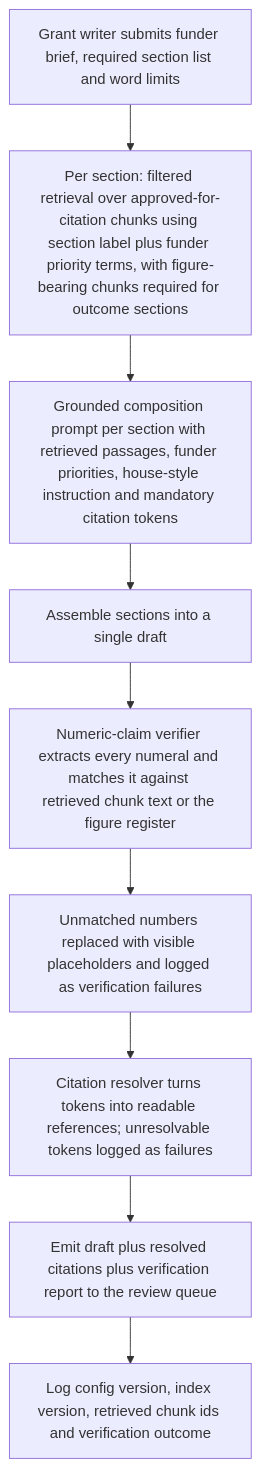
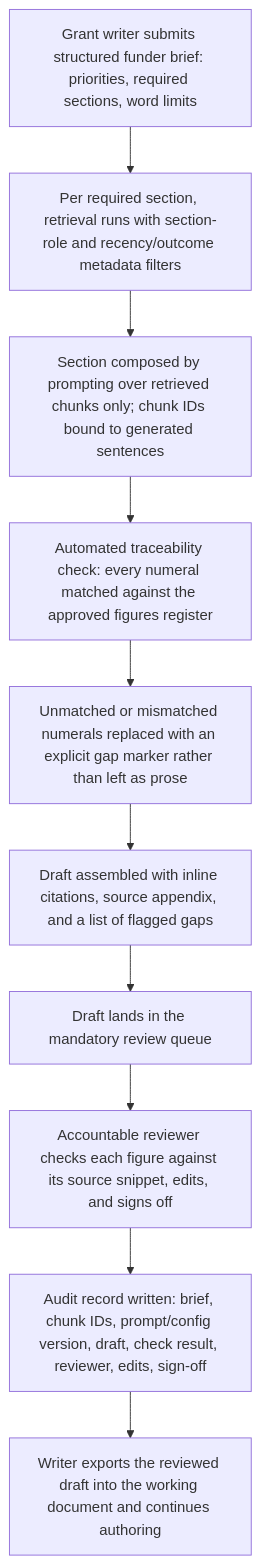
Before and after one commit to shanelabountyai/use-case-studio: the second of 3 diagrams in docs/samples/grant-proposal-assembly.md, drawn with Mermaid. The commit also changed other lines of this file and 3 other files, not shown here.

````diff
--- a/docs/samples/grant-proposal-assembly.md
+++ b/docs/samples/grant-proposal-assembly.md
@@ -98,20 +91,22 @@
 ```mermaid
 flowchart TD
-  n1_0["Grant writer submits funder brief, required section list and word limits"]
-  n1_1["Per section: filtered retrieval over approved-for-citation chunks using section label plus funder priority terms, with figure-bearing chunks required for outcome sections"]
-  n1_2["Grounded composition prompt per section with retrieved passages, funder priorities, house-style instruction and mandatory citation tokens"]
-  n1_3["Assemble sections into a single draft"]
-  n1_4["Numeric-claim verifier extracts every numeral and matches it against retrieved chunk text or the figure register"]
-  n1_5["Unmatched numbers replaced with visible placeholders and logged as verification failures"]
-  n1_6["Citation resolver turns tokens into readable references; unresolvable tokens logged as failures"]
-  n1_7["Emit draft plus resolved citations plus verification report to the review queue"]
-  n1_8["Log config version, index version, retrieved chunk ids and verification outcome"]
+  n1_0["Grant writer submits structured funder brief: priorities, required sections, word limits"]
+  n1_1["Per required section, retrieval runs with section-role and recency/outcome metadata filters"]
+  n1_2["Section composed by prompting over retrieved chunks only; chunk IDs bound to generated sentences"]
+  n1_3["Automated traceability check: every numeral matched against the approved figures register"]
+  n1_4["Unmatched or mismatched numerals replaced with an explicit gap marker rather than left as prose"]
+  n1_5["Draft assembled with inline citations, source appendix, and a list of flagged gaps"]
+  n1_6["Draft lands in the mandatory review queue"]
+  n1_7["Accountable reviewer checks each figure against its source snippet, edits, and signs off"]
+  n1_8["Audit record written: brief, chunk IDs, prompt/config version, draft, check result, reviewer, edits, sign-off"]
+  n1_9["Writer exports the reviewed draft into the working document and continues authoring"]
   n1_0 --> n1_1
   n1_1 --> n1_2
   n1_2 --> n1_3
   n1_3 --> n1_4
   n1_4 --> n1_5
   n1_5 --> n1_6
   n1_6 --> n1_7
   n1_7 --> n1_8
+  n1_8 --> n1_9
 ```
````
